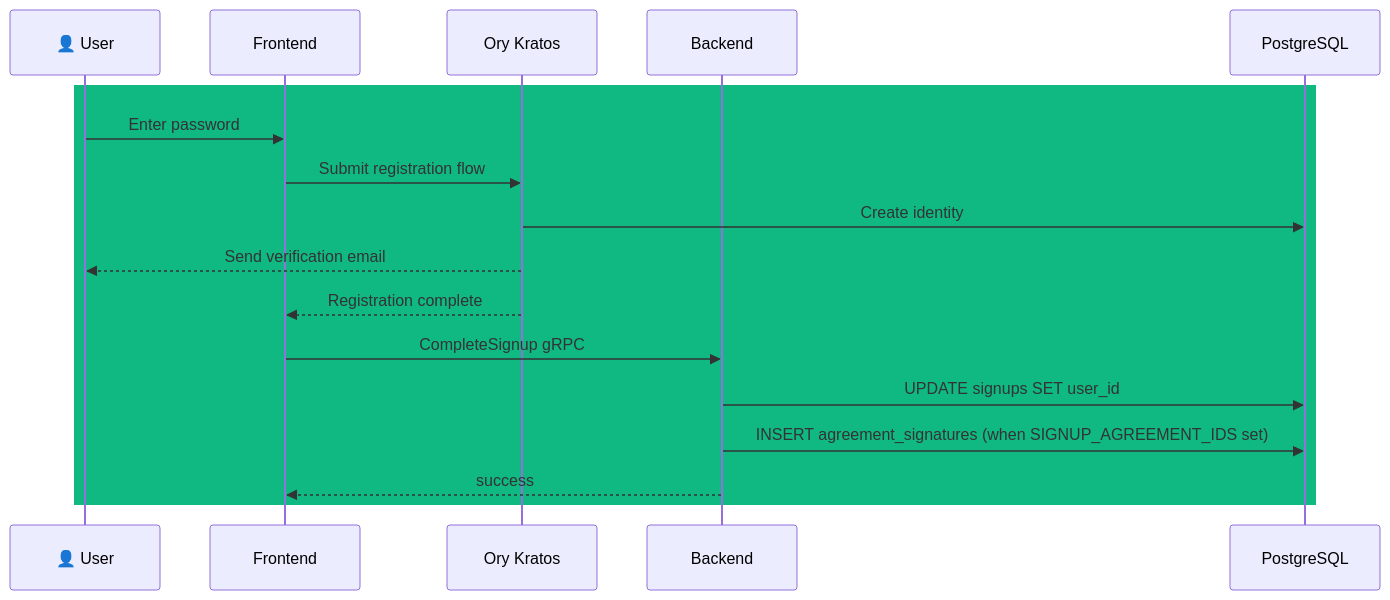
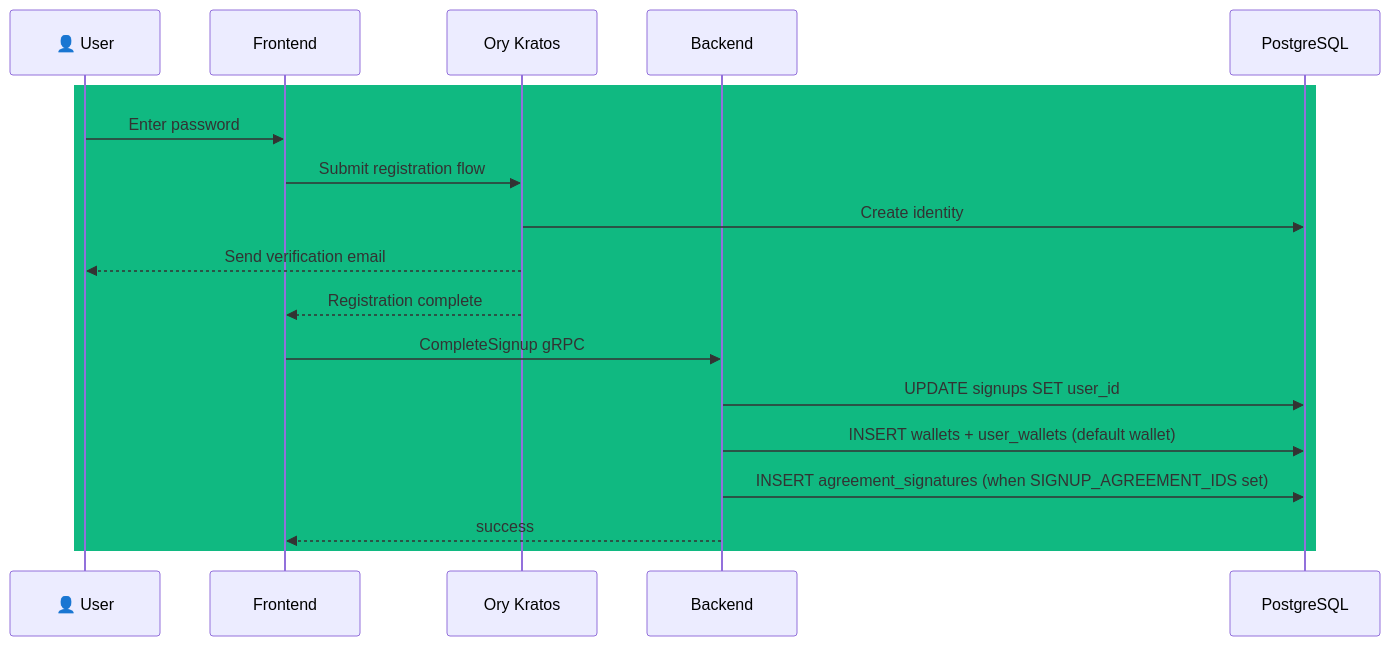
The third of 7 diagrams in documentation/docs/signup-guide.md (interledger/interledger-app), drawn with Mermaid before and after one commit. The commit also changed other lines of this file and 10 other files, not shown here.

First line of the commit message:
fix(backend): enforce one wallet creation per user at signup (#666)

````diff
--- a/documentation/docs/signup-guide.md
+++ b/documentation/docs/signup-guide.md
@@ -60,20 +78,21 @@
 ```mermaid
 sequenceDiagram
     participant U as 👤 User
     participant FE as Frontend
     participant K as Ory Kratos
     participant BE as Backend
     participant DB as PostgreSQL
 
     rect rgb(16, 185, 129)
     U->>FE: Enter password
     FE->>K: Submit registration flow
     K->>DB: Create identity
     K-->>U: Send verification email
     K-->>FE: Registration complete
     FE->>BE: CompleteSignup gRPC
     BE->>DB: UPDATE signups SET user_id
+    BE->>DB: INSERT wallets + user_wallets (default wallet)
     BE->>DB: INSERT agreement_signatures (when SIGNUP_AGREEMENT_IDS set)
     BE-->>FE: success
     end
 ```
````
